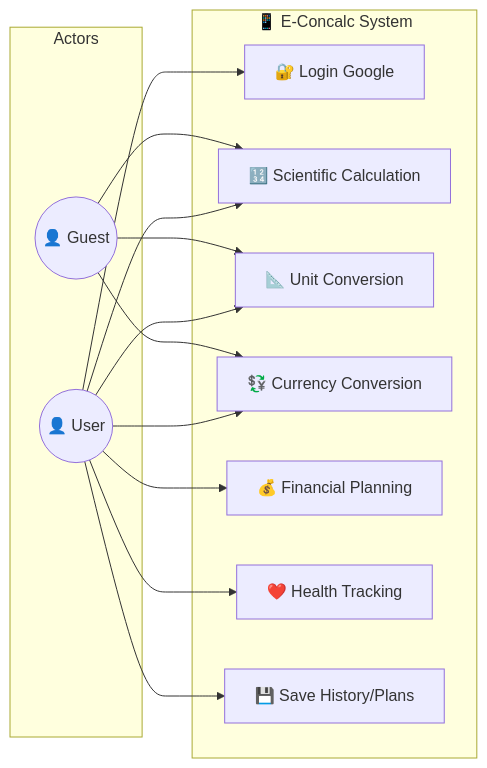
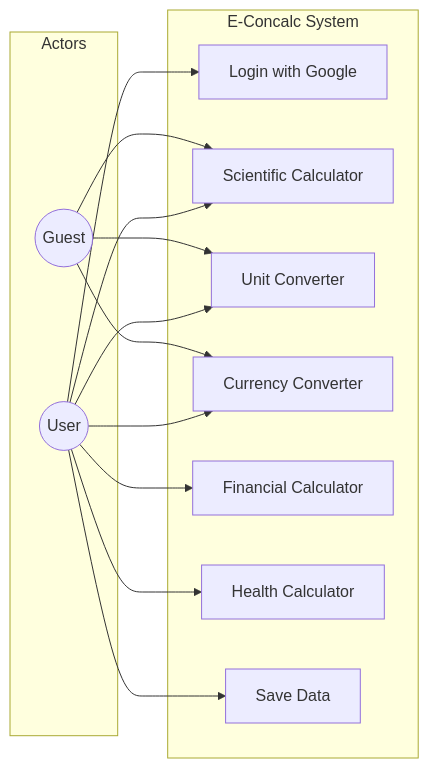
The first of 4 diagrams in README.md (falcon-ioi/Caclcon), drawn with Mermaid before and after one commit. The commit also changed other lines of this file, not shown here.

Commit message:
Docs: Clean up UML diagrams for elegance and readability

````diff
--- a/README.md
+++ b/README.md
@@ -79,29 +79,29 @@
 ```mermaid
 flowchart LR
     subgraph Actors
-        User(("👤 User"))
-        Guest(("👤 Guest"))
+        User((User))
+        Guest((Guest))
     end
     
-    subgraph E-Concalc["📱 E-Concalc System"]
-        UC1["🔐 Login Google"]
-        UC2["🔢 Scientific Calculation"]
-        UC3["📐 Unit Conversion"]
-        UC4["💱 Currency Conversion"]
-        UC5["💰 Financial Planning"]
-        UC6["❤️ Health Tracking"]
-        UC7["💾 Save History/Plans"]
+    subgraph System[E-Concalc System]
+        UC1[Login with Google]
+        UC2[Scientific Calculator]
+        UC3[Unit Converter]
+        UC4[Currency Converter]
+        UC5[Financial Calculator]
+        UC6[Health Calculator]
+        UC7[Save Data]
     end
 
     User --> UC1
     User --> UC2
     User --> UC3
     User --> UC4
     User --> UC5
     User --> UC6
     User --> UC7
     
     Guest --> UC2
     Guest --> UC3
     Guest --> UC4
 ```
````
